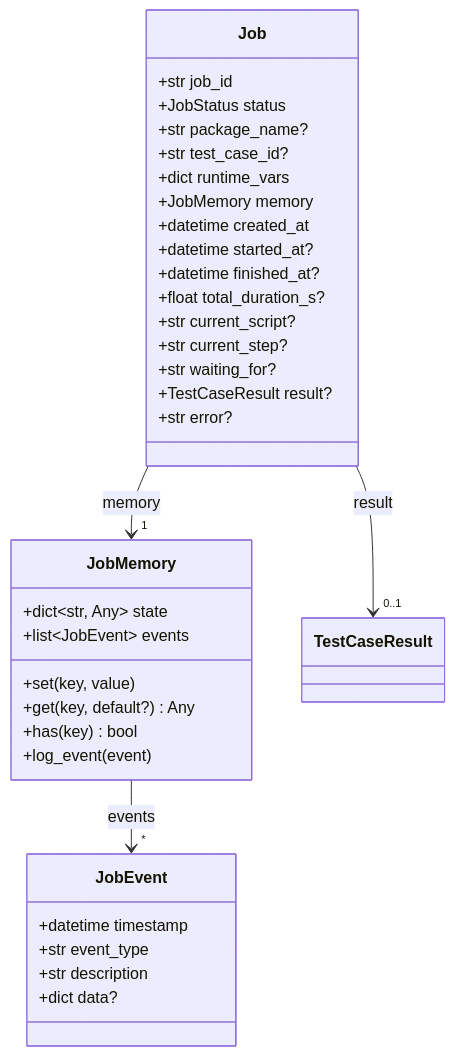
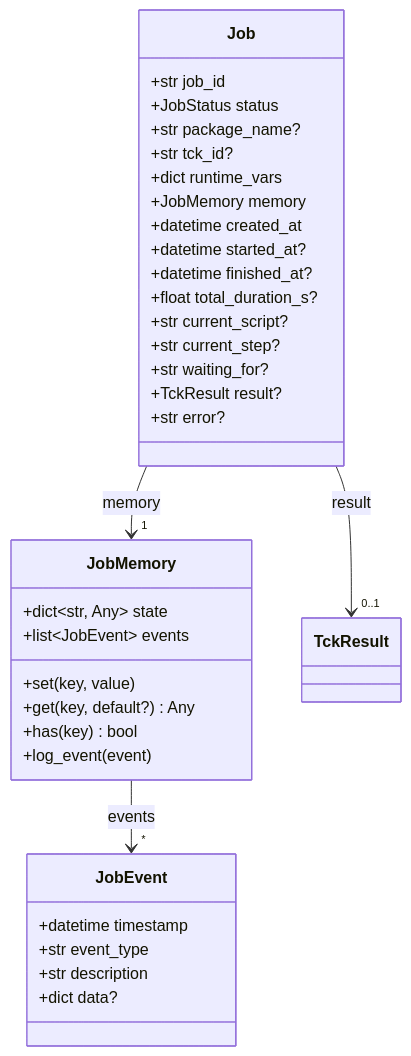
One commit to tudorfrincu1/tractusx-testlab changed the third of 8 diagrams in docs/specification/specification/data-models.md. Above: the diagram before and after it, drawn with Mermaid. The commit also changed other lines of this file and 144 other files, not shown here.

First line of the commit message:
Refactor TestLab to use TCK terminology and implement SSE streaming for job events

````diff
--- a/docs/specification/specification/data-models.md
+++ b/docs/specification/specification/data-models.md
@@ -205,40 +205,40 @@
 ```mermaid
 classDiagram
     class Job {
         +str job_id
         +JobStatus status
         +str package_name?
-        +str test_case_id?
+        +str tck_id?
         +dict runtime_vars
         +JobMemory memory
         +datetime created_at
         +datetime started_at?
         +datetime finished_at?
         +float total_duration_s?
         +str current_script?
         +str current_step?
         +str waiting_for?
-        +TestCaseResult result?
+        +TckResult result?
         +str error?
     }
 
     class JobMemory {
         +dict~str, Any~ state
         +list~JobEvent~ events
         +set(key, value)
         +get(key, default?) Any
         +has(key) bool
         +log_event(event)
     }
 
     class JobEvent {
         +datetime timestamp
         +str event_type
         +str description
         +dict data?
     }
 
     Job --> "1" JobMemory : memory
-    Job --> "0..1" TestCaseResult : result
+    Job --> "0..1" TckResult : result
     JobMemory --> "*" JobEvent : events
 ```
````
